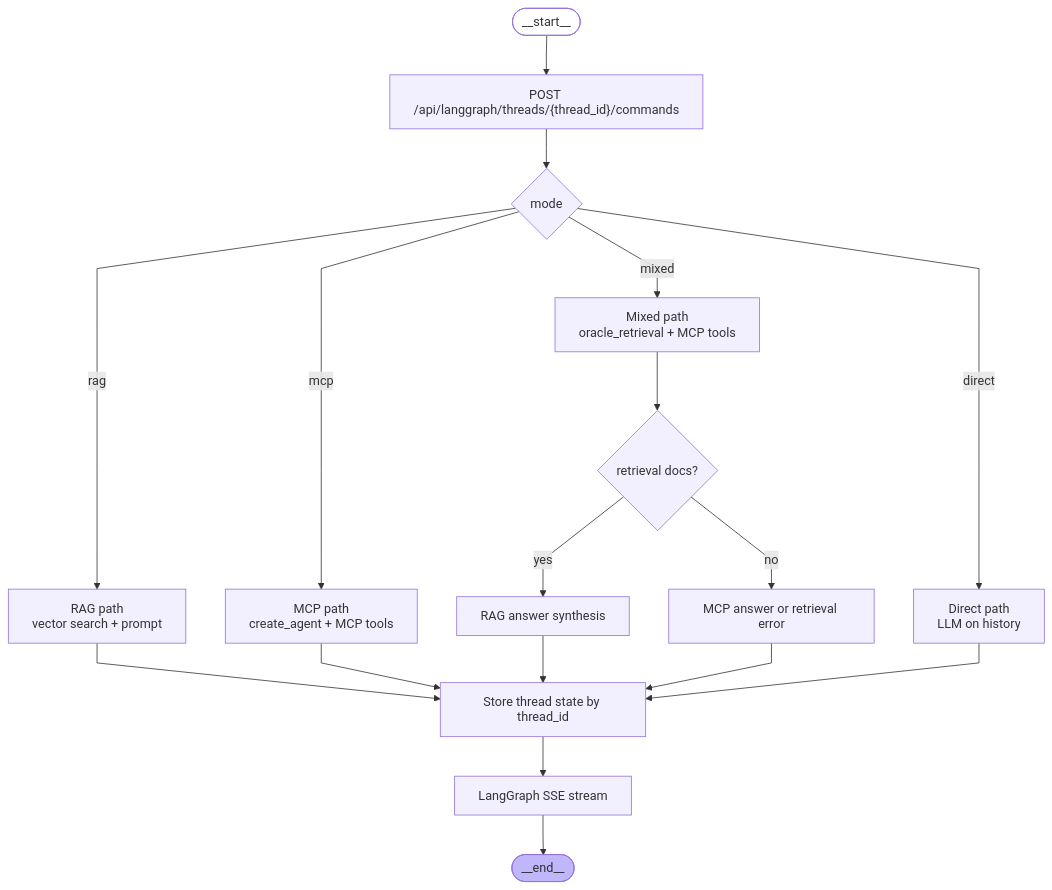
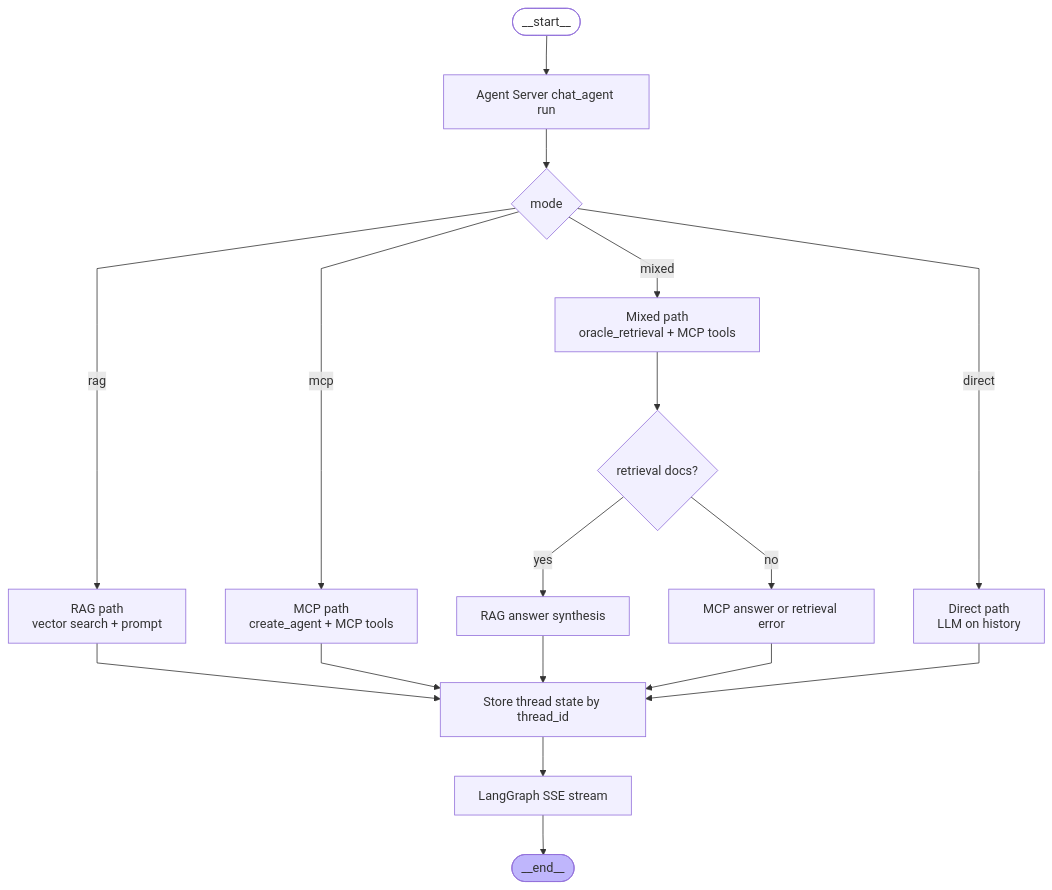
One commit to varunyn/Oracle-26ai-LangChain-RAG changed the first of 2 diagrams in docs/README.md. Above: the diagram before and after it, drawn with Mermaid. The commit also changed other lines of this file and 10 other files, not shown here.

````diff
--- a/docs/README.md
+++ b/docs/README.md
@@ -35,40 +35,40 @@
 ```mermaid
 ---
 config:
   flowchart:
     curve: linear
 ---
 graph TD;
     __start__([<p>__start__</p>]):::first
-    ChatRequest["POST /api/langgraph/threads/{thread_id}/commands"]
+    ChatRequest["Agent Server chat_agent run"]
     Mode{"mode"}
     RAG["RAG path<br/>vector search + prompt"]
     MCP["MCP path<br/>create_agent + MCP tools"]
     Mixed["Mixed path<br/>oracle_retrieval + MCP tools"]
     MixedDocs{"retrieval docs?"}
     MixedRAG["RAG answer synthesis"]
     MixedMCP["MCP answer or retrieval error"]
     Direct["Direct path<br/>LLM on history"]
     Persist["Store thread state by thread_id"]
     Stream["LangGraph SSE stream"]
     __end__([<p>__end__</p>]):::last
     __start__ --> ChatRequest
     ChatRequest --> Mode
     Mode -->|rag| RAG
     Mode -->|mcp| MCP
     Mode -->|mixed| Mixed
     Mixed --> MixedDocs
     MixedDocs -->|yes| MixedRAG
     MixedDocs -->|no| MixedMCP
     Mode -->|direct| Direct
     RAG --> Persist
     MCP --> Persist
     MixedRAG --> Persist
     MixedMCP --> Persist
     Direct --> Persist
     Persist --> Stream
     Stream --> __end__
     classDef default fill:#f2f0ff,line-height:1.2
     classDef first fill-opacity:0
     classDef last fill:#bfb6fc
 ```
````
